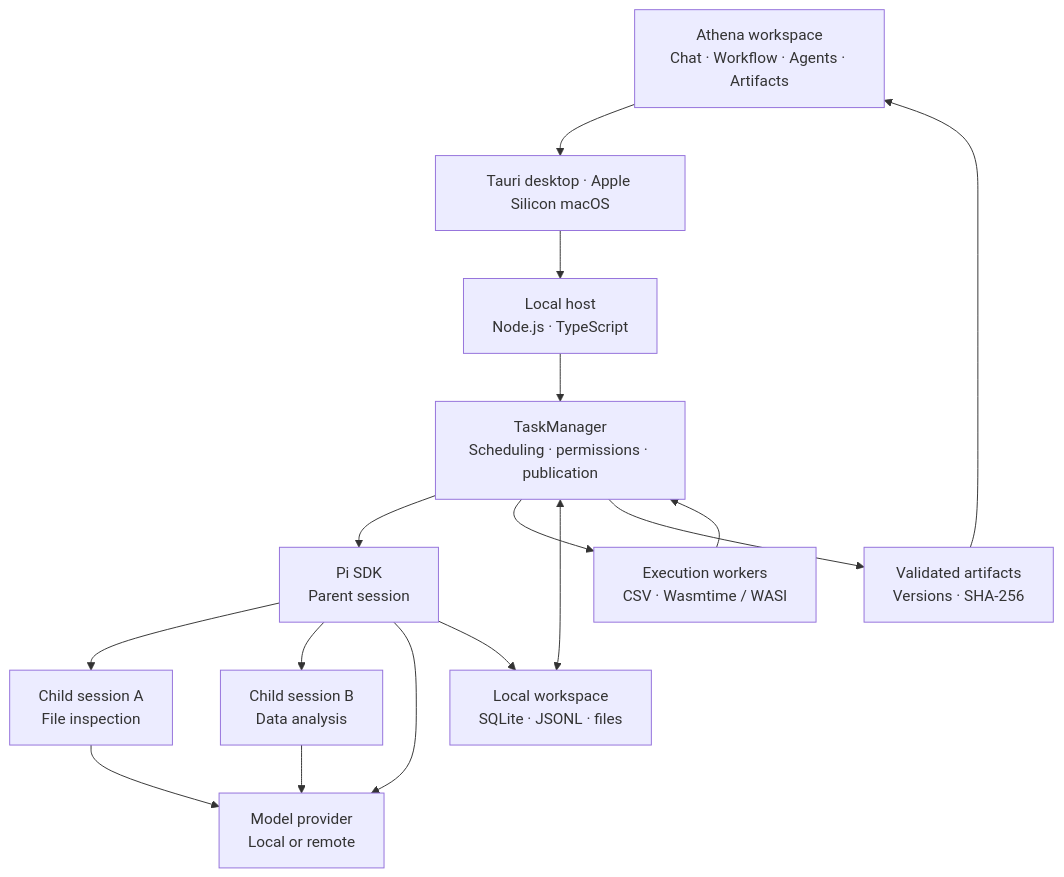
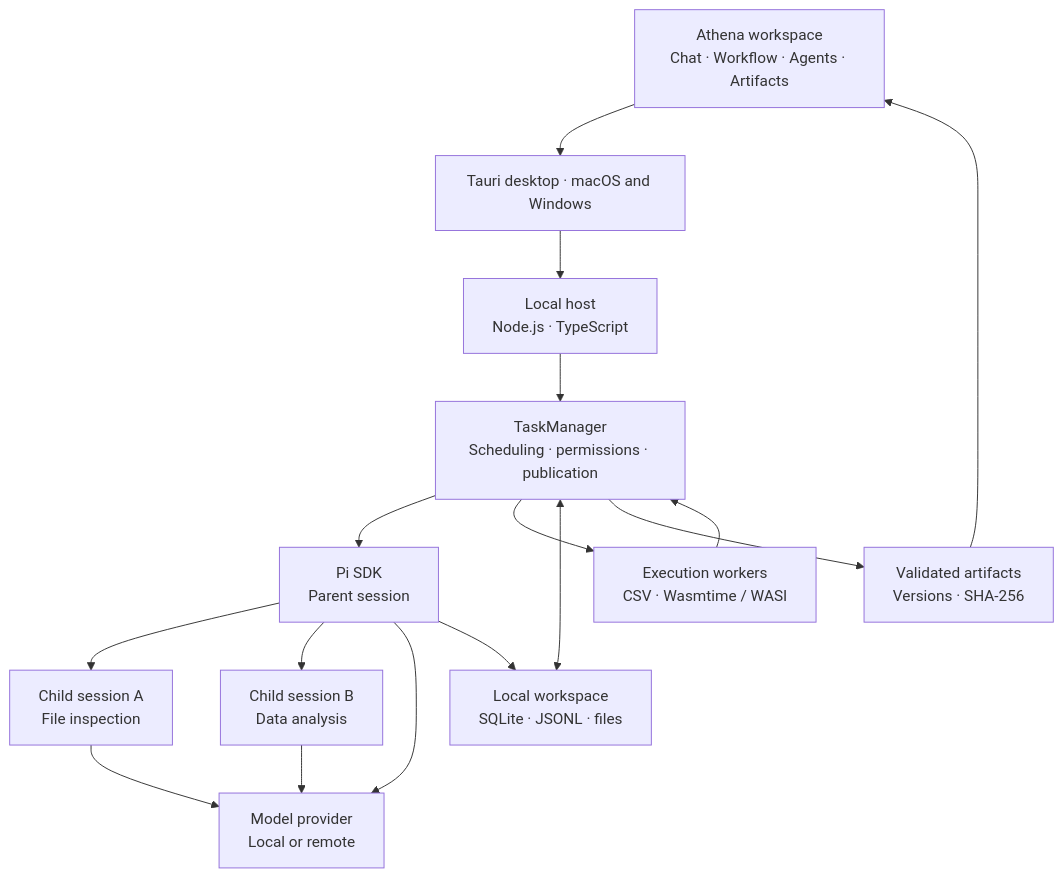
Before and after one commit to yanaire/athena: the diagram in README.md, drawn with Mermaid. The commit also changed other lines of this file and 3 other files, not shown here.

````diff
--- a/README.md
+++ b/README.md
@@ -113,28 +114,28 @@
 ```mermaid
 flowchart TD
     U["Athena workspace<br/>Chat · Workflow · Agents · Artifacts"]
-    T["Tauri desktop · Apple Silicon macOS"]
+    T["Tauri desktop · macOS and Windows"]
     H["Local host<br/>Node.js · TypeScript"]
     M["TaskManager<br/>Scheduling · permissions · publication"]
     P["Pi SDK<br/>Parent session"]
     C1["Child session A<br/>File inspection"]
     C2["Child session B<br/>Data analysis"]
     R["Model provider<br/>Local or remote"]
     W["Execution workers<br/>CSV · Wasmtime / WASI"]
     S["Local workspace<br/>SQLite · JSONL · files"]
     A["Validated artifacts<br/>Versions · SHA-256"]
 
     U --> T --> H --> M
     M --> P
     P --> C1
     P --> C2
     P --> R
     C1 --> R
     C2 --> R
     M --> W
     M <--> S
     P --> S
     W --> M
     M --> A
     A --> U
 ```
````
